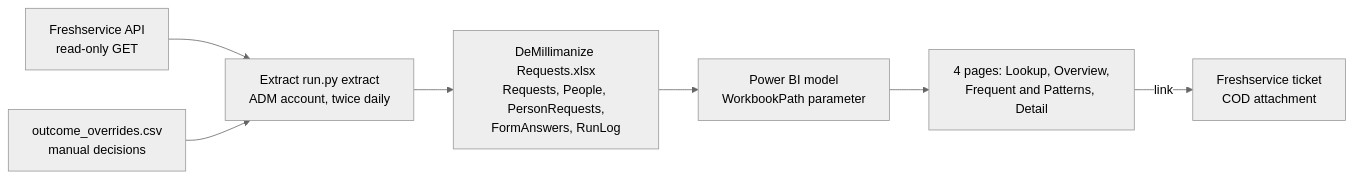
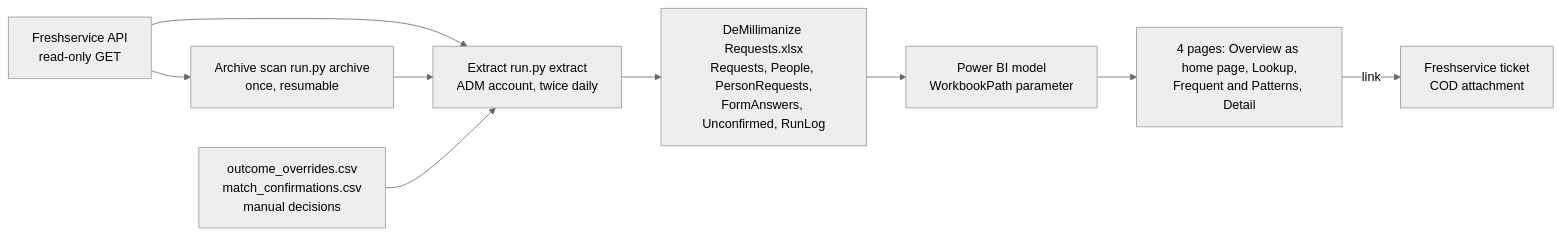
The diagram in OVERVIEW.md (mgraebermilliman/De-Dashboard), drawn with Mermaid (neutral theme) before and after one commit. The commit also changed other lines of this file and 83 other files, not shown here.

````diff
--- a/OVERVIEW.md
+++ b/OVERVIEW.md
@@ -33,9 +33,11 @@
 ```mermaid
 flowchart LR
     FS[Freshservice API<br/>read-only GET] --> EX[Extract run.py extract<br/>ADM account, twice daily]
-    OV[outcome_overrides.csv<br/>manual decisions] --> EX
-    EX --> WB[DeMillimanize Requests.xlsx<br/>Requests, People, PersonRequests,<br/>FormAnswers, RunLog]
+    FS --> AR[Archive scan run.py archive<br/>once, resumable]
+    AR --> EX
+    OV[outcome_overrides.csv<br/>match_confirmations.csv<br/>manual decisions] --> EX
+    EX --> WB[DeMillimanize Requests.xlsx<br/>Requests, People, PersonRequests,<br/>FormAnswers, Unconfirmed, RunLog]
     WB --> PBI[Power BI model<br/>WorkbookPath parameter]
-    PBI --> RPT[4 pages: Lookup, Overview,<br/>Frequent and Patterns, Detail]
+    PBI --> RPT[4 pages: Overview as home page, Lookup,<br/>Frequent and Patterns, Detail]
     RPT -->|link| TICKET[Freshservice ticket<br/>COD attachment]
 ```
````
